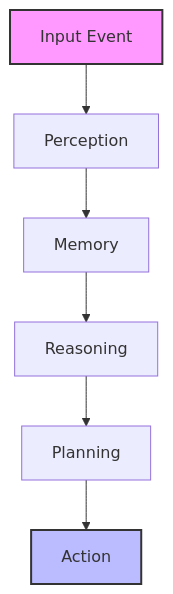
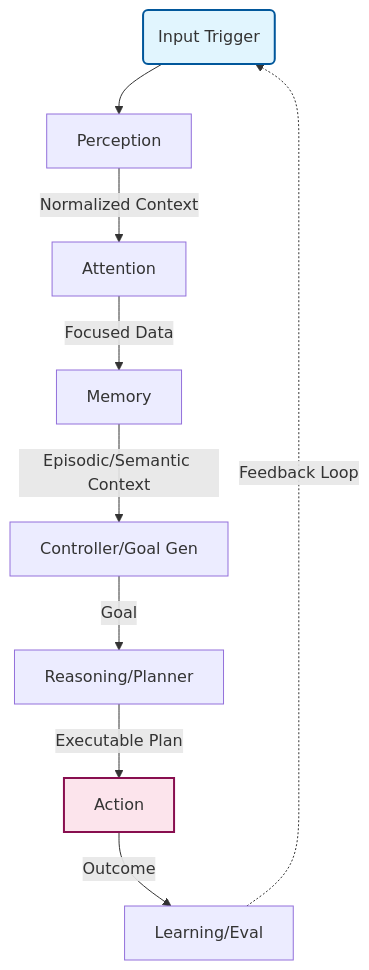
Before and after one commit to Root1V/cerebellum-cognitive-architecture: the diagram in .github/instructions/architecture.instructions.md, drawn with Mermaid. The commit also changed other lines of this file and 1 other file, not shown here.

Commit message:
docs: deeply improve architecture and coding instructions for copilot

````diff
--- a/.github/instructions/architecture.instructions.md
+++ b/.github/instructions/architecture.instructions.md
@@ -9,11 +11,14 @@
 ```mermaid
 flowchart TD
-    A[Input Event] --> B[Perception]
-    B --> C[Memory]
-    C --> D[Reasoning]
-    D --> E[Planning]
-    E --> F[Action]
+    Input(Input Trigger) --> Perc[Perception]
+    Perc -- Normalized Context --> Att[Attention]
+    Att -- Focused Data --> Mem[Memory]
+    Mem -- Episodic/Semantic Context --> Ctrl[Controller/Goal Gen]
+    Ctrl -- Goal --> Reason[Reasoning/Planner]
+    Reason -- Executable Plan --> Act[Action]
+    Act -- Outcome --> Learn[Learning/Eval]
+    Learn -. Feedback Loop .-> Input
     
-    style A fill:#f9f,stroke:#333,stroke-width:2px
-    style F fill:#bbf,stroke:#333,stroke-width:2px
+    style Input fill:#e1f5fe,stroke:#01579b,stroke-width:2px
+    style Act fill:#fce4ec,stroke:#880e4f,stroke-width:2px
 ```
````
